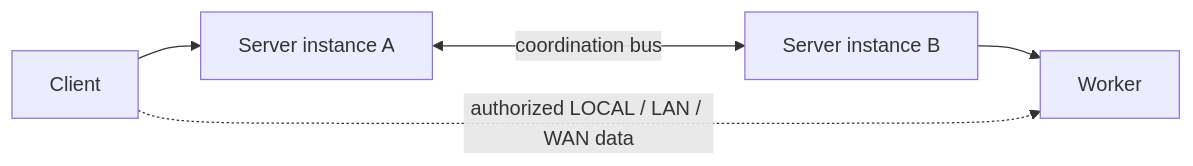
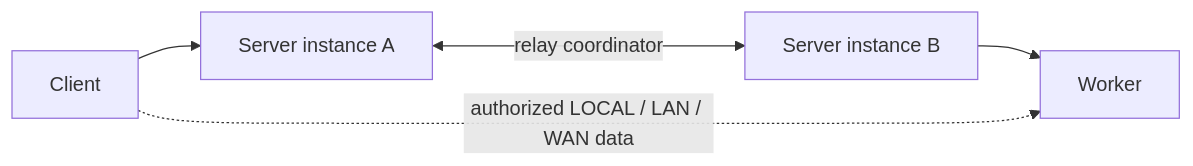
The sixth of 6 diagrams in docs/NETWORK.md (ArcaneArts/Cantrip), drawn with Mermaid before and after one commit. The commit also changed other lines of this file and 25 other files, not shown here.

````diff
--- a/docs/NETWORK.md
+++ b/docs/NETWORK.md
@@ -725,7 +725,7 @@
 ```mermaid
 flowchart LR
     CLIENT["Client"] --> SERVER_A["Server instance A"]
-    SERVER_A <-->|"coordination bus"| SERVER_B["Server instance B"]
+    SERVER_A <-->|"relay coordinator"| SERVER_B["Server instance B"]
     SERVER_B --> WORKER["Worker"]
     CLIENT -.->|"authorized LOCAL / LAN / WAN data"| WORKER
 ```
````
